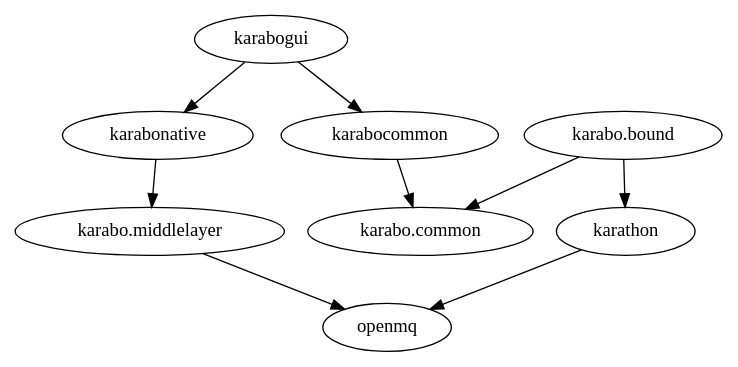
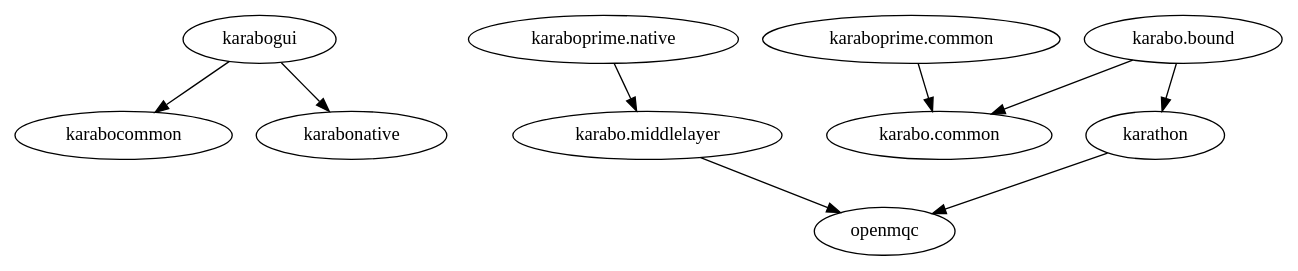
Before and after one commit to European-XFEL/Karabo: the diagram in src/pythonCommon/dot/api_1.dot, drawn with Graphviz. The commit also changed 9 other files, not shown here.

```diff
--- a/src/pythonCommon/dot/api_1.dot
+++ b/src/pythonCommon/dot/api_1.dot
@@ -1,10 +1,10 @@
 digraph deps {
     "karabogui" -> "karabocommon"
     "karabogui" -> "karabonative"
-    "karabonative" -> "karabo.middlelayer"
-    "karabocommon" -> "karabo.common"
+    "karaboprime.native" -> "karabo.middlelayer"
+    "karaboprime.common" -> "karabo.common"
     "karabo.bound" -> "karabo.common"
     "karabo.bound" -> "karathon"
-    "karathon" -> "openmq"
-    "karabo.middlelayer" -> "openmq"
+    "karathon" -> "openmqc"
+    "karabo.middlelayer" -> "openmqc"
 }
```
